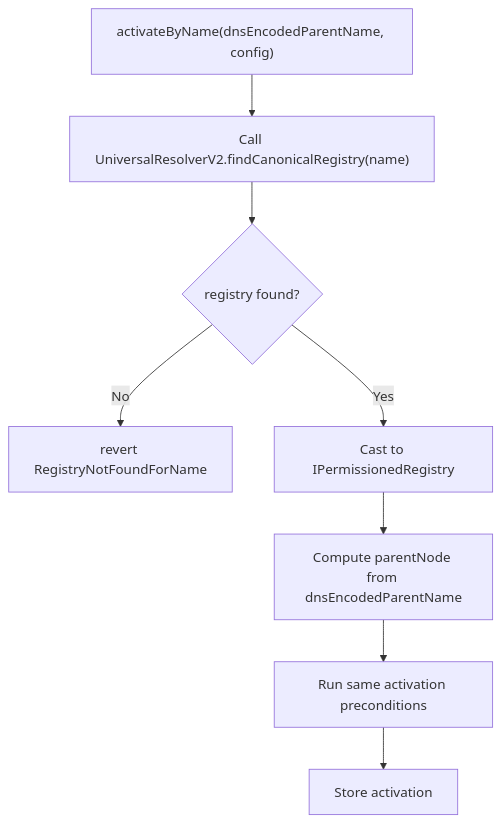
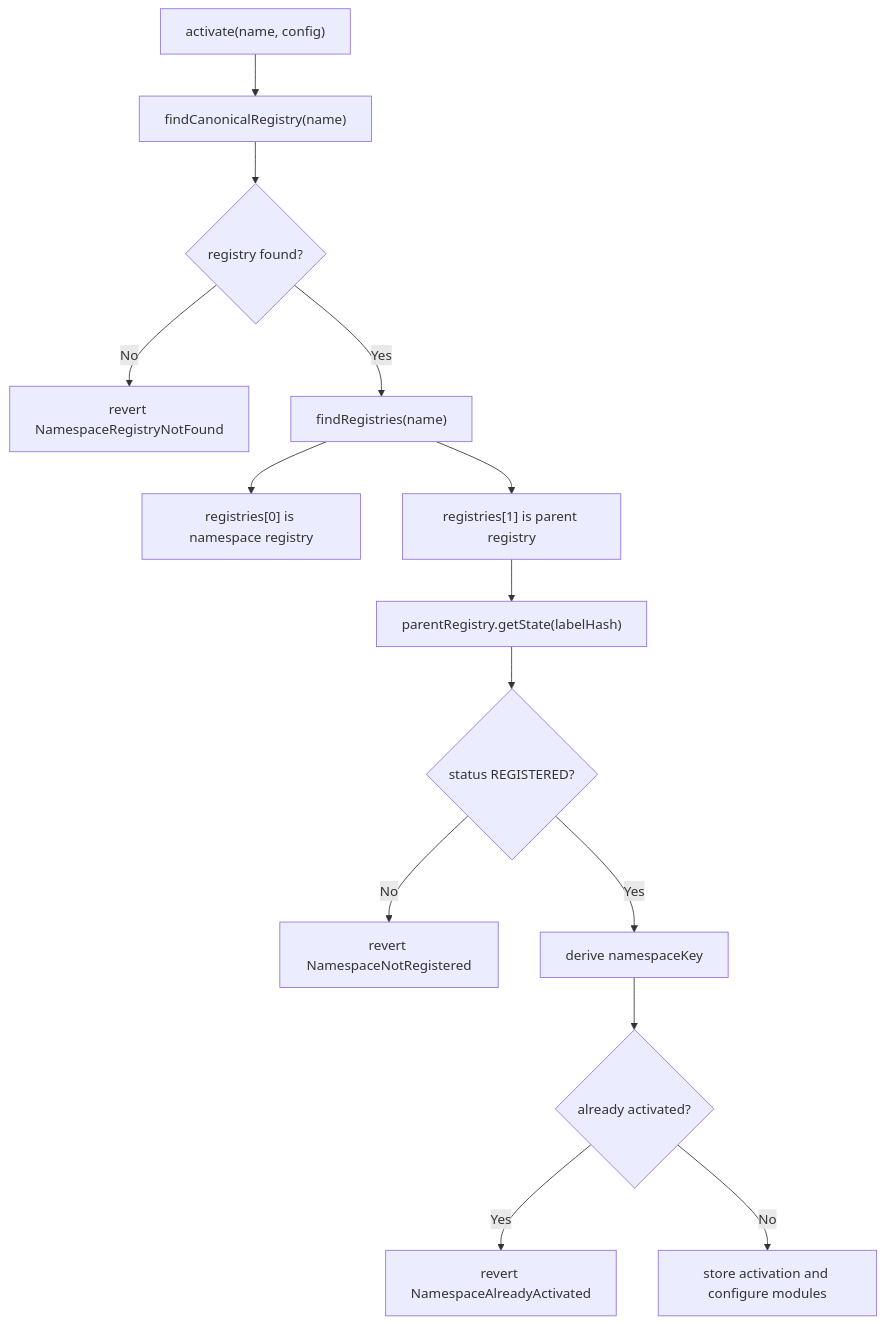
One commit to envoy1084/namespace-contracts-v2 changed the diagram in docs/16-activation-interface-recommendations.md. Above: the diagram before and after it, drawn with Mermaid. The commit also changed other lines of this file and 25 other files, not shown here.

Commit message:
feat: resolve namespace activations by name

````diff
--- a/docs/16-activation-interface-recommendations.md
+++ b/docs/16-activation-interface-recommendations.md
@@ -279,10 +83,16 @@
 ```mermaid
 flowchart TD
-    A["activateByName(dnsEncodedParentName, config)"] --> B["Call UniversalResolverV2.findCanonicalRegistry(name)"]
+    A["activate(name, config)"] --> B["findCanonicalRegistry(name)"]
     B --> C{"registry found?"}
-    C -->|"No"| D["revert RegistryNotFoundForName"]
-    C -->|"Yes"| E["Cast to IPermissionedRegistry"]
-    E --> F["Compute parentNode from dnsEncodedParentName"]
-    F --> G["Run same activation preconditions"]
-    G --> H["Store activation"]
+    C -->|"No"| D["revert NamespaceRegistryNotFound"]
+    C -->|"Yes"| E["findRegistries(name)"]
+    E --> F["registries[0] is namespace registry"]
+    E --> G["registries[1] is parent registry"]
+    G --> H["parentRegistry.getState(labelHash)"]
+    H --> I{"status REGISTERED?"}
+    I -->|"No"| J["revert NamespaceNotRegistered"]
+    I -->|"Yes"| K["derive namespaceKey"]
+    K --> L{"already activated?"}
+    L -->|"Yes"| M["revert NamespaceAlreadyActivated"]
+    L -->|"No"| N["store activation and configure modules"]
 ```
````
